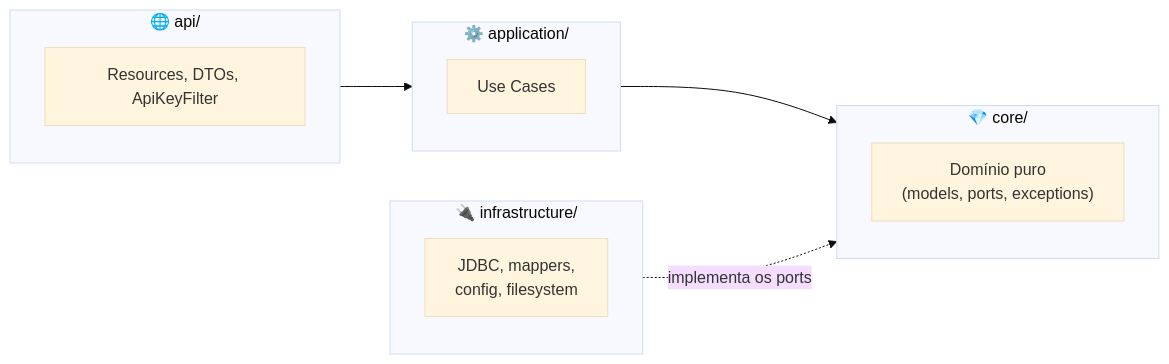
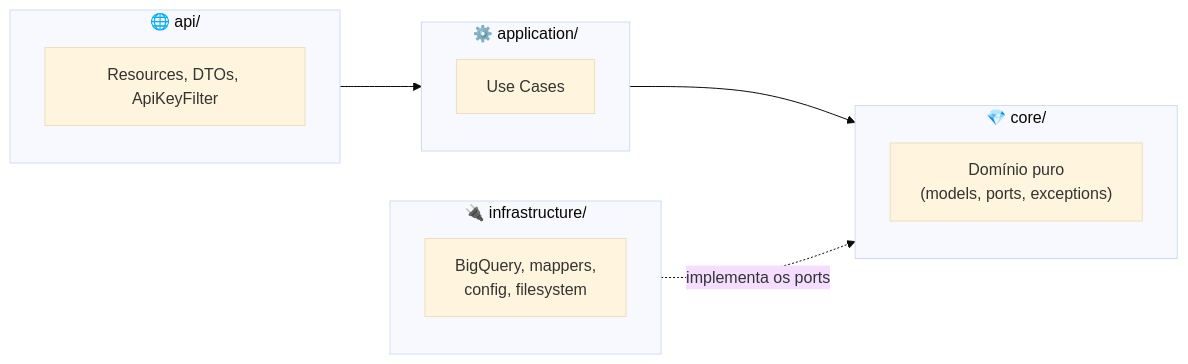
The first of 3 diagrams in README.md (rm-farma/pharma-hub), drawn with Mermaid (base theme) before and after one commit. The commit also changed other lines of this file and 7 other files, not shown here.

First line of the commit message:
docs: atualiza documentação para refletir a migração Postgres/JDBC → BigQuery

````diff
--- a/README.md
+++ b/README.md
@@ -48,18 +48,18 @@
 ```mermaid
 flowchart LR
     subgraph API["🌐 api/"]
         A1[Resources, DTOs, ApiKeyFilter]
     end
     subgraph APP["⚙️ application/"]
         A2[Use Cases]
     end
     subgraph CORE["💎 core/"]
         A3["Domínio puro<br/>(models, ports, exceptions)"]
     end
     subgraph INFRA["🔌 infrastructure/"]
-        A4["JDBC, mappers,<br/>config, filesystem"]
+        A4["BigQuery, mappers,<br/>config, filesystem"]
     end
 
     API --> APP --> CORE
     INFRA -. implementa os ports .-> CORE
 ```
````
